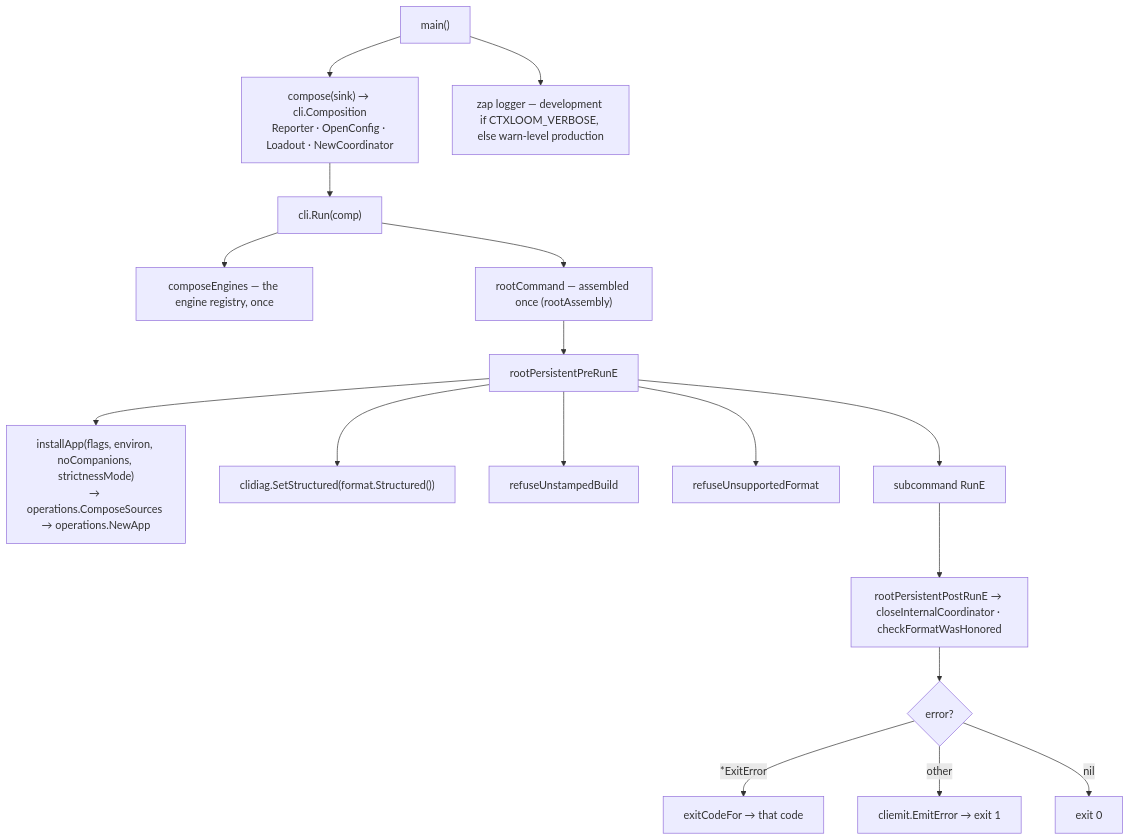
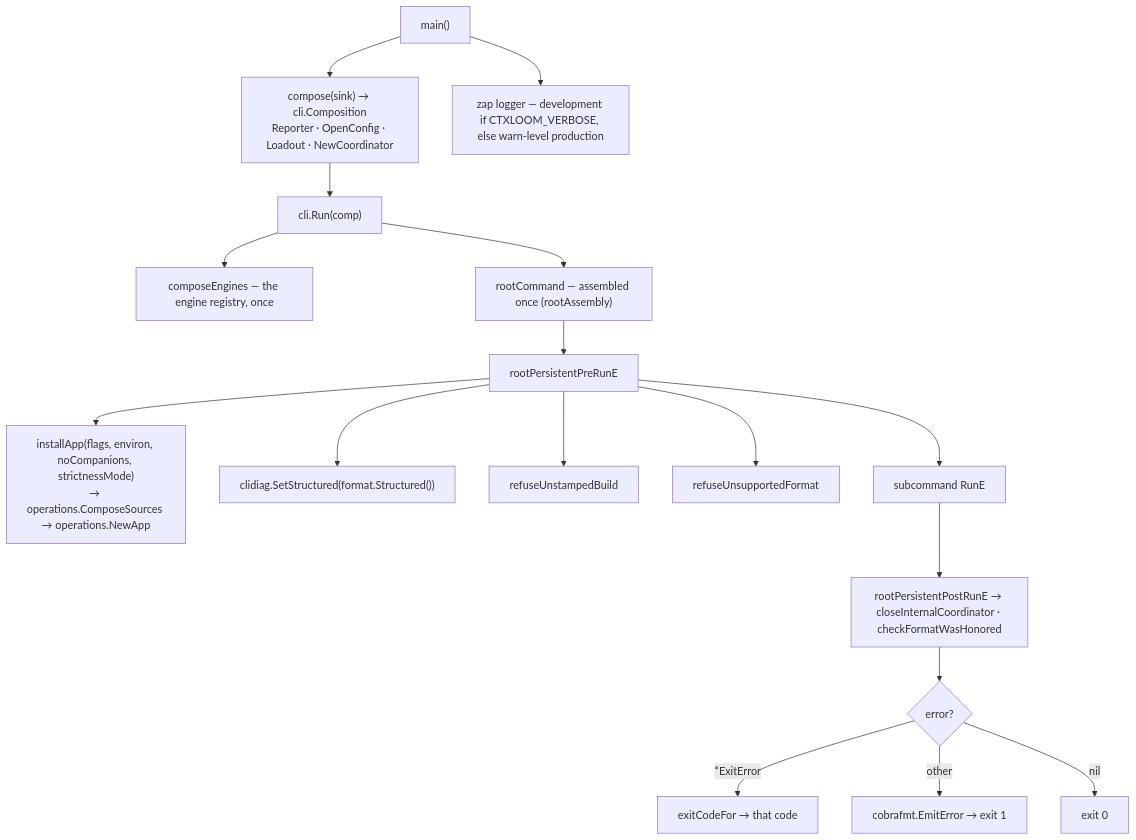
Before and after one commit to ctxloom/ctxloom: the diagram in docs/architecture/cli/entrypoints.md, drawn with Mermaid. The commit also changed other lines of this file and 11 other files, not shown here.

````diff
--- a/docs/architecture/cli/entrypoints.md
+++ b/docs/architecture/cli/entrypoints.md
@@ -24,20 +24,20 @@
 ```mermaid
 flowchart TD
     M["main()"]
     M --> CO["compose(sink) → cli.Composition<br/>Reporter · OpenConfig · Loadout · NewCoordinator"]
     M --> LOG["zap logger — development if CTXLOOM_VERBOSE, else warn-level production"]
     CO --> RUN["cli.Run(comp)"]
     RUN --> CE["composeEngines — the engine registry, once"]
     RUN --> RC["rootCommand — assembled once (rootAssembly)"]
     RC --> PPR["rootPersistentPreRunE"]
     PPR --> IA["installApp(flags, environ, noCompanions, strictnessMode)<br/>→ operations.ComposeSources → operations.NewApp"]
     PPR --> FG["clidiag.SetStructured(format.Structured())"]
     PPR --> RUB["refuseUnstampedBuild"]
     PPR --> RUF["refuseUnsupportedFormat"]
     PPR --> RUNE["subcommand RunE"]
     RUNE --> POST["rootPersistentPostRunE → closeInternalCoordinator · checkFormatWasHonored"]
     POST --> ERR{"error?"}
     ERR -->|"*ExitError"| CODE["exitCodeFor → that code"]
-    ERR -->|other| REP["cliemit.EmitError → exit 1"]
+    ERR -->|other| REP["cobrafmt.EmitError → exit 1"]
     ERR -->|nil| OK["exit 0"]
 ```
````
